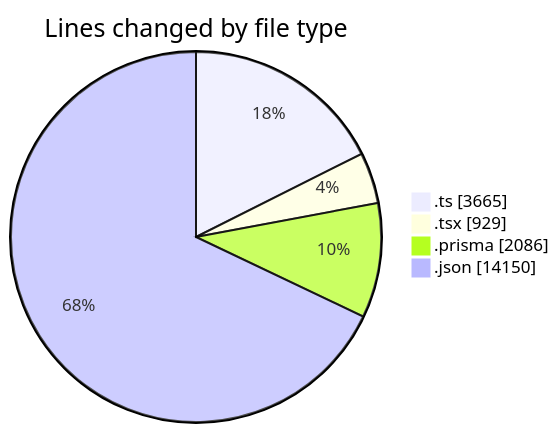
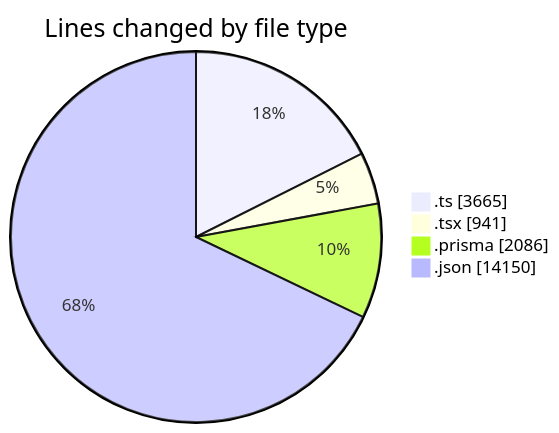
One commit to CELIANVF/code-tracking changed the first of 2 diagrams in 2025-05-19/ecodeli-1/README.md. Above: the diagram before and after it, drawn with Mermaid. The commit also changed other lines of this file and 1 other file, not shown here.

````diff
--- a/2025-05-19/ecodeli-1/README.md
+++ b/2025-05-19/ecodeli-1/README.md
@@ -32,8 +32,8 @@
 ```mermaid
 pie showData
 title Lines changed by file type
 ".ts" : 3665
-".tsx" : 929
+".tsx" : 941
 ".prisma" : 2086
 ".json" : 14150
 ```
````
